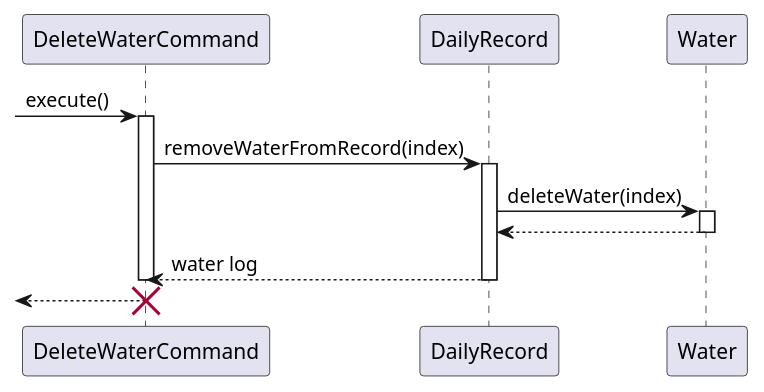
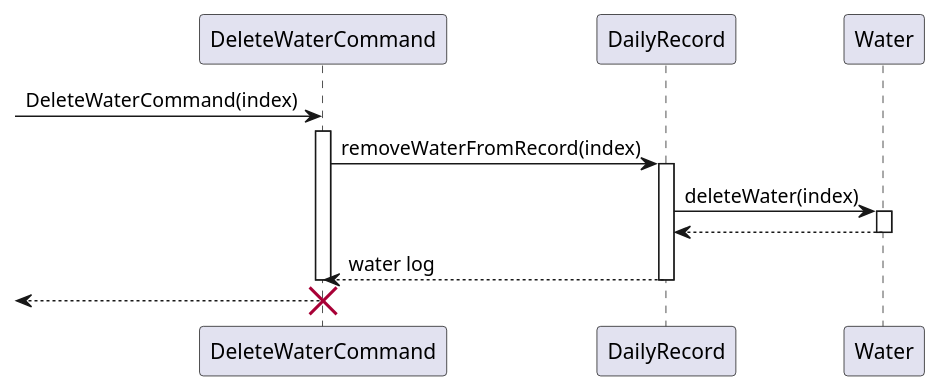
Before and after one commit to nus-cs2113-AY2425S1/tp: the diagram in docs/diagrams/deleteWaterSequenceDiagram.puml, drawn with PlantUML. The commit also changed 4 other files, not shown here.

```diff
--- a/docs/diagrams/deleteWaterSequenceDiagram.puml
+++ b/docs/diagrams/deleteWaterSequenceDiagram.puml
@@ -1,23 +1,24 @@
 @startuml
 
 participant "DeleteWaterCommand" as DeleteCmd
 participant "DailyRecord" as DailyRec
 
--> DeleteCmd : execute()
+create DeleteCmd
+-> DeleteCmd : DeleteWaterCommand(index)
 activate DeleteCmd
 DeleteCmd -> DailyRec: removeWaterFromRecord(index)
 activate DailyRec
 
 DailyRec -> Water: deleteWater(index)
 activate Water
 Water --> DailyRec
 deactivate Water
 
 DailyRec --> DeleteCmd: water log
 deactivate DailyRec
 
 deactivate DeleteCmd
 <-- DeleteCmd :
 destroy DeleteCmd
 
 @enduml
```
